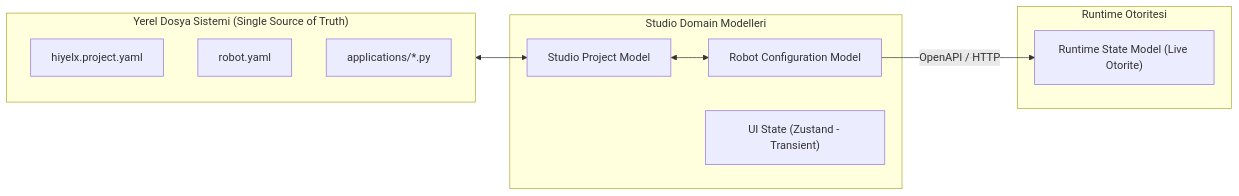
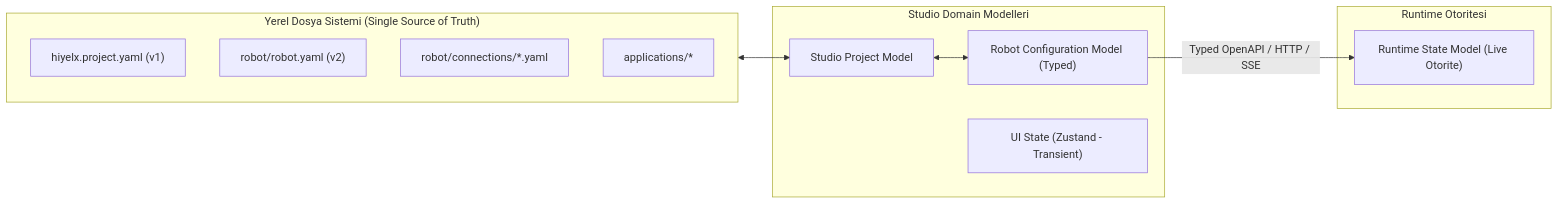
One commit to ulasusakli/hiyelx changed the third of 6 diagrams in docs/architecture/studio-engineering-specification.md. Above: the diagram before and after it, drawn with Mermaid. The commit also changed other lines of this file and 4 other files, not shown here.

Commit message:
docs(studio): sync ADR 0002 v1.1, spec, roadmap, and add P3/P4 technical designs

````diff
--- a/docs/architecture/studio-engineering-specification.md
+++ b/docs/architecture/studio-engineering-specification.md
@@ -162,22 +177,23 @@
 ```mermaid
 flowchart LR
     subgraph Filesystem["Yerel Dosya Sistemi (Single Source of Truth)"]
-        ProjFile["hiyelx.project.yaml"]
-        RobotFile["robot.yaml"]
-        AppFiles["applications/*.py"]
+        ProjFile["hiyelx.project.yaml (v1)"]
+        RobotFile["robot/robot.yaml (v2)"]
+        ConnFile["robot/connections/*.yaml"]
+        AppFiles["applications/*"]
     end
 
     subgraph Studio_Models["Studio Domain Modelleri"]
         ProjectModel["Studio Project Model"]
-        ConfigModel["Robot Configuration Model"]
+        ConfigModel["Robot Configuration Model (Typed)"]
         UIState["UI State (Zustand - Transient)"]
     end
 
     subgraph Runtime_Models["Runtime Otoritesi"]
         RuntimeState["Runtime State Model (Live Otorite)"]
     end
 
     Filesystem <--> ProjectModel
     ProjectModel <--> ConfigModel
-    ConfigModel -->|OpenAPI / HTTP| RuntimeState
+    ConfigModel -->|Typed OpenAPI / HTTP / SSE| RuntimeState
 ```
````
